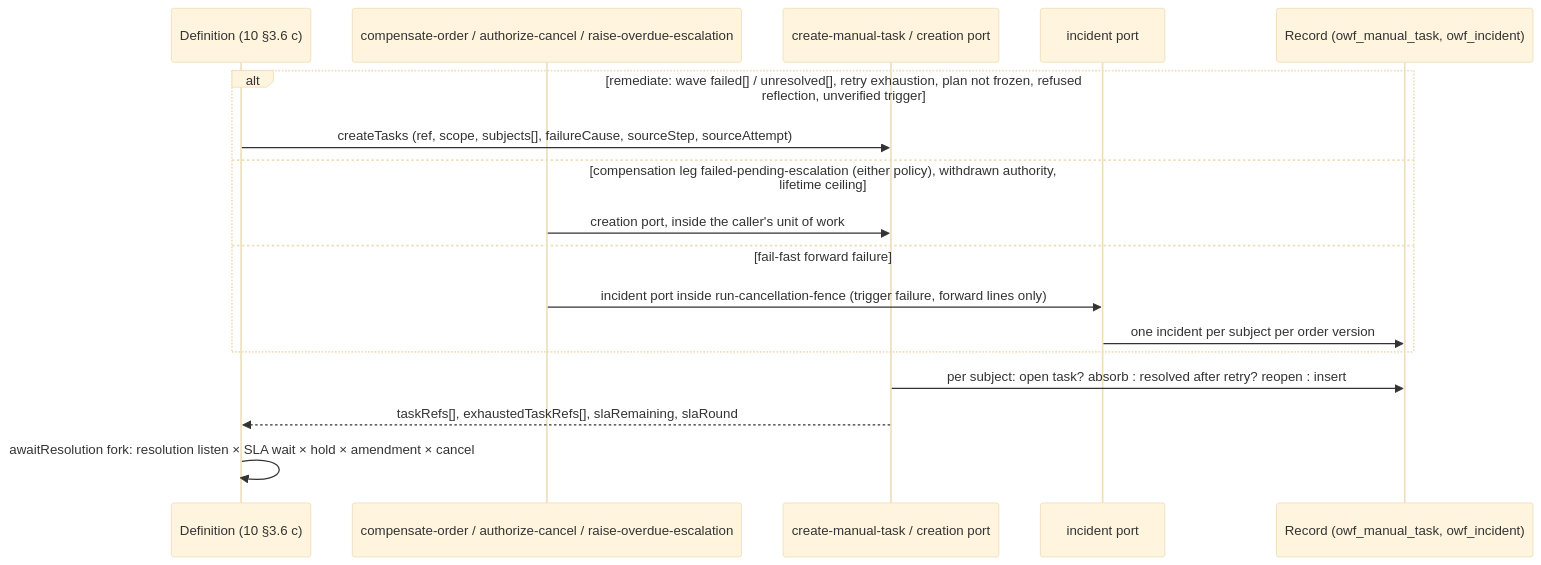
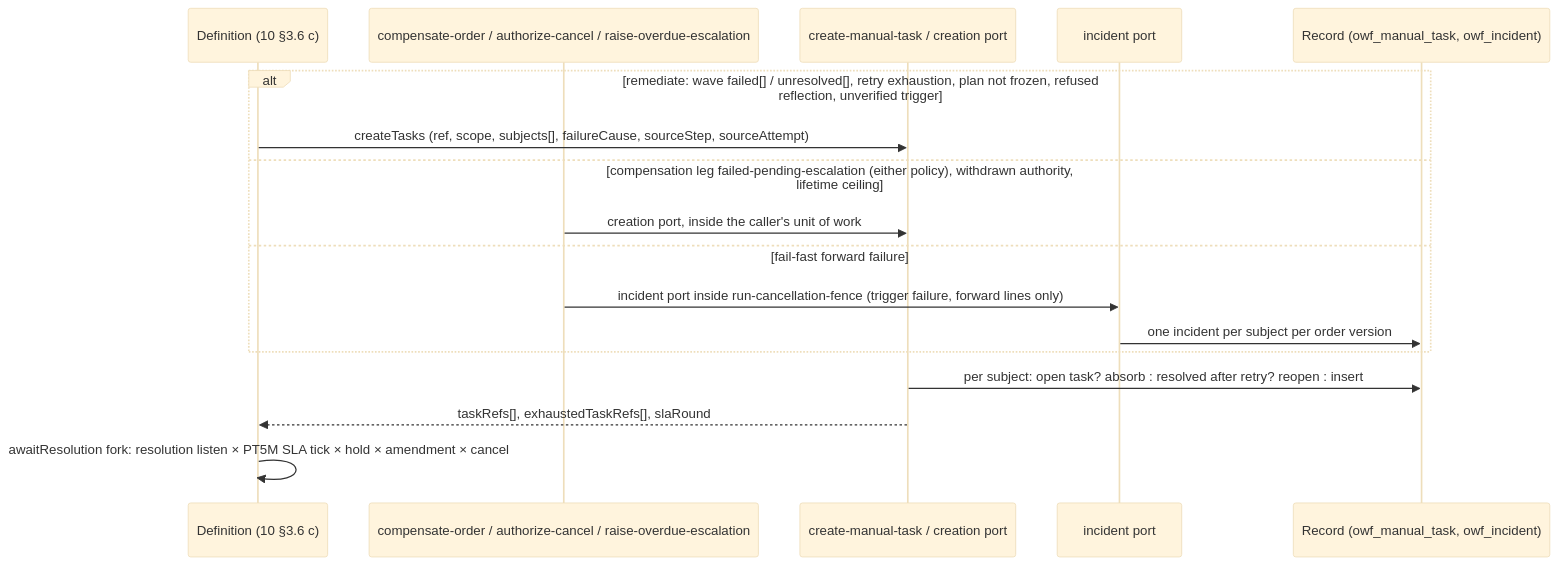
The second of 5 diagrams in gears/bss/orders-workflow/docs/design/07-manual-tasks.md (constructorfabric/gears-rust), drawn with Mermaid (base theme) before and after one commit. The commit also changed other lines of this file and 9 other files, not shown here.

````diff
--- a/gears/bss/orders-workflow/docs/design/07-manual-tasks.md
+++ b/gears/bss/orders-workflow/docs/design/07-manual-tasks.md
@@ -796,19 +803,19 @@
 ```mermaid
 sequenceDiagram
     participant D as Definition (10 §3.6 c)
     participant CO as compensate-order / authorize-cancel / raise-overdue-escalation
     participant MTC as create-manual-task / creation port
     participant IR as incident port
     participant R as Record (owf_manual_task, owf_incident)
     alt remediate: wave failed[] / unresolved[], retry exhaustion, plan not frozen, refused reflection, unverified trigger
         D ->> MTC: createTasks (ref, scope, subjects[], failureCause, sourceStep, sourceAttempt)
     else compensation leg failed-pending-escalation (either policy), withdrawn authority, lifetime ceiling
         CO ->> MTC: creation port, inside the caller's unit of work
     else fail-fast forward failure
         CO ->> IR: incident port inside run-cancellation-fence (trigger failure, forward lines only)
         IR ->> R: one incident per subject per order version
     end
     MTC ->> R: per subject: open task? absorb : resolved after retry? reopen : insert
-    MTC -->> D: taskRefs[], exhaustedTaskRefs[], slaRemaining, slaRound
-    D ->> D: awaitResolution fork: resolution listen × SLA wait × hold × amendment × cancel
+    MTC -->> D: taskRefs[], exhaustedTaskRefs[], slaRound
+    D ->> D: awaitResolution fork: resolution listen × PT5M SLA tick × hold × amendment × cancel
 ```
````
